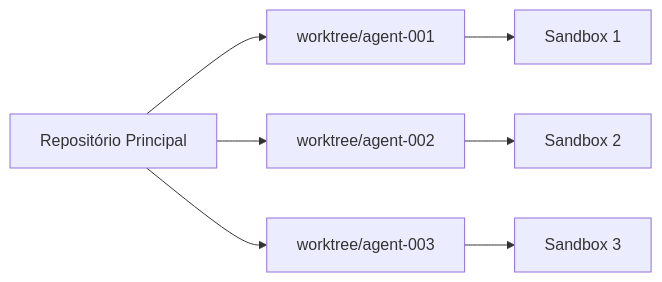
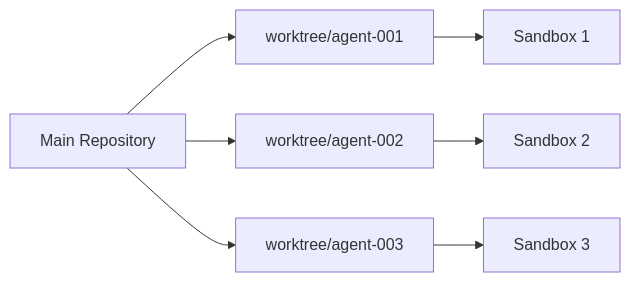
The second of 17 diagrams in docs/arquitetura.md (leonardo-moraes360/toolbelt), drawn with Mermaid before and after one commit. The commit also changed other lines of this file and 242 other files, not shown here.

````diff
--- a/docs/arquitetura.md
+++ b/docs/arquitetura.md
@@ -77,10 +77,10 @@
 ```mermaid
 graph LR
-    REPO[Repositório Principal] --> WT1[worktree/agent-001]
+    REPO[Main Repository] --> WT1[worktree/agent-001]
     REPO --> WT2[worktree/agent-002]
     REPO --> WT3[worktree/agent-003]
     
     WT1 --> SB1[Sandbox 1]
     WT2 --> SB2[Sandbox 2]
     WT3 --> SB3[Sandbox 3]
 ```
````
